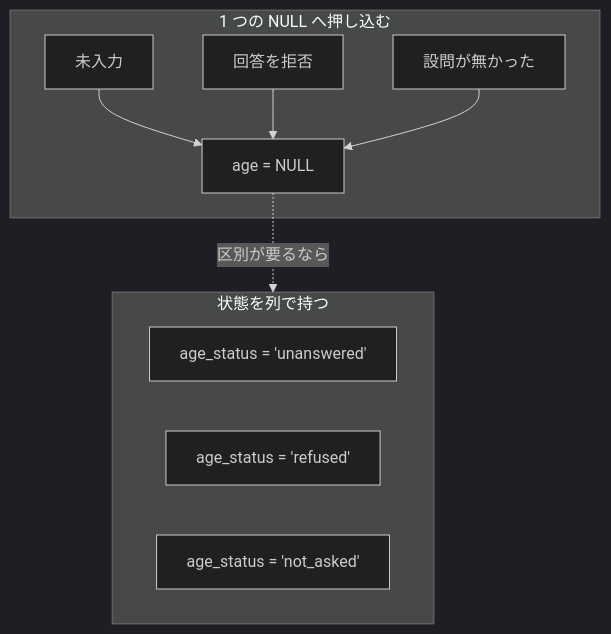
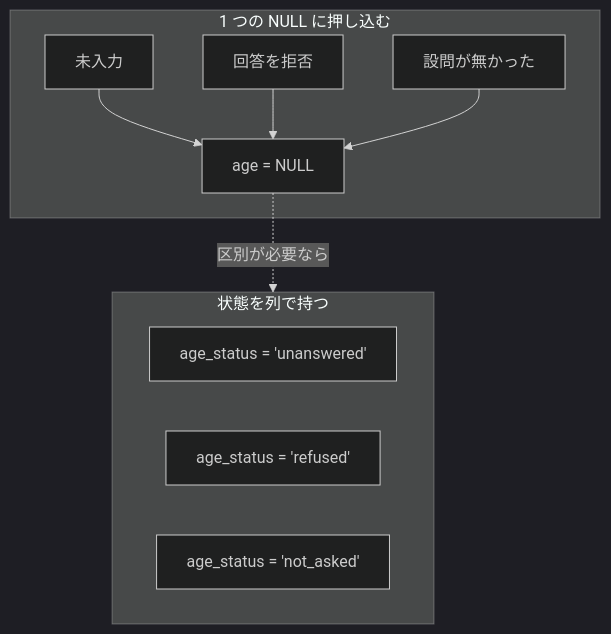
The fifth of 5 diagrams in content/notes/database-systems/sql-null/index.md (nao1215/debimate), drawn with Mermaid (dark theme) before and after one commit. The commit also changed other lines of this file and 46 other files, not shown here.

````diff
--- a/content/notes/database-systems/sql-null/index.md
+++ b/content/notes/database-systems/sql-null/index.md
@@ -244,14 +244,14 @@
 ```mermaid
 flowchart TB
-    subgraph a["1 つの NULL へ押し込む"]
+    subgraph a["1 つの NULL に押し込む"]
         A1["未入力"] --> AN["age = NULL"]
         A2["回答を拒否"] --> AN
         A3["設問が無かった"] --> AN
     end
     subgraph b["状態を列で持つ"]
         B1["age_status = 'unanswered'"]
         B2["age_status = 'refused'"]
         B3["age_status = 'not_asked'"]
     end
-    AN -.->|"区別が要るなら"| b
+    AN -.->|"区別が必要なら"| b
 ```
````
